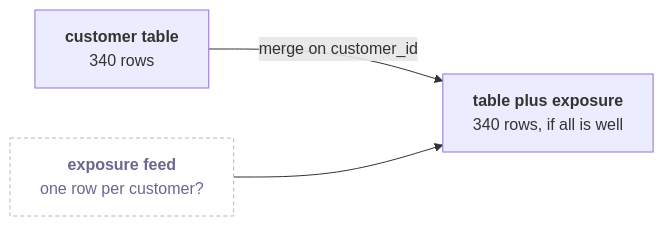
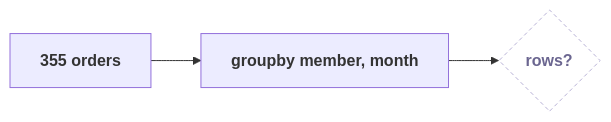
Before and after one commit to fde-academy-lab/c2-content-factory: diagram 11 of 19 in content/W02/D4/slides/C2_W02_D04_half1_STUDENT.md, drawn with Mermaid. The commit also changed other lines of this file and 9 other files, not shown here.

````diff
--- a/content/W02/D4/slides/C2_W02_D04_half1_STUDENT.md
+++ b/content/W02/D4/slides/C2_W02_D04_half1_STUDENT.md
@@ -449,7 +823,6 @@
 ```mermaid
 flowchart LR
-    T["<b>customer table</b><br/>340 rows"] -->|"merge on customer_id"| M["<b>table plus exposure</b><br/>340 rows, if all is well"]
-    F["<b>exposure feed</b><br/>one row per customer?"] --> M
+    O["<b>355 orders</b>"] --> G["<b>groupby member, month</b>"] --> N{"<b>rows?</b>"}
     classDef unknown fill:#FFFFFF,stroke:#B8B2D6,color:#6B6690,stroke-dasharray:4 3
-    class F unknown
+    class N unknown
 ```
````
